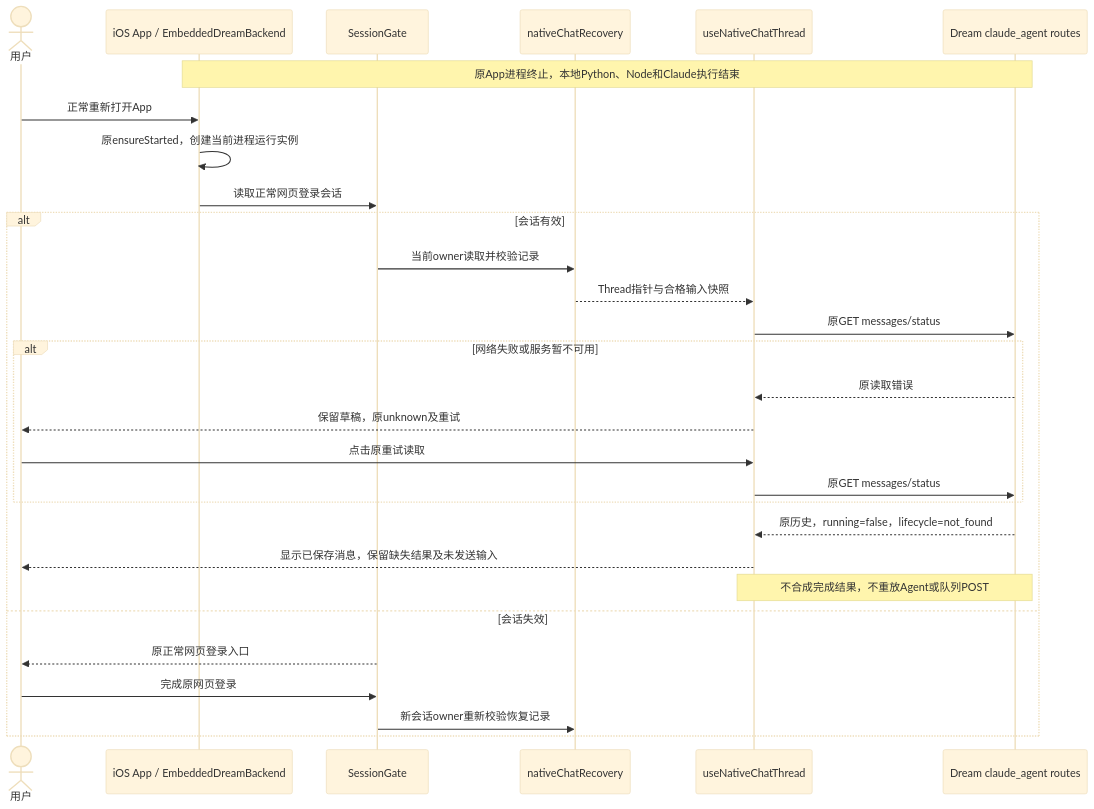
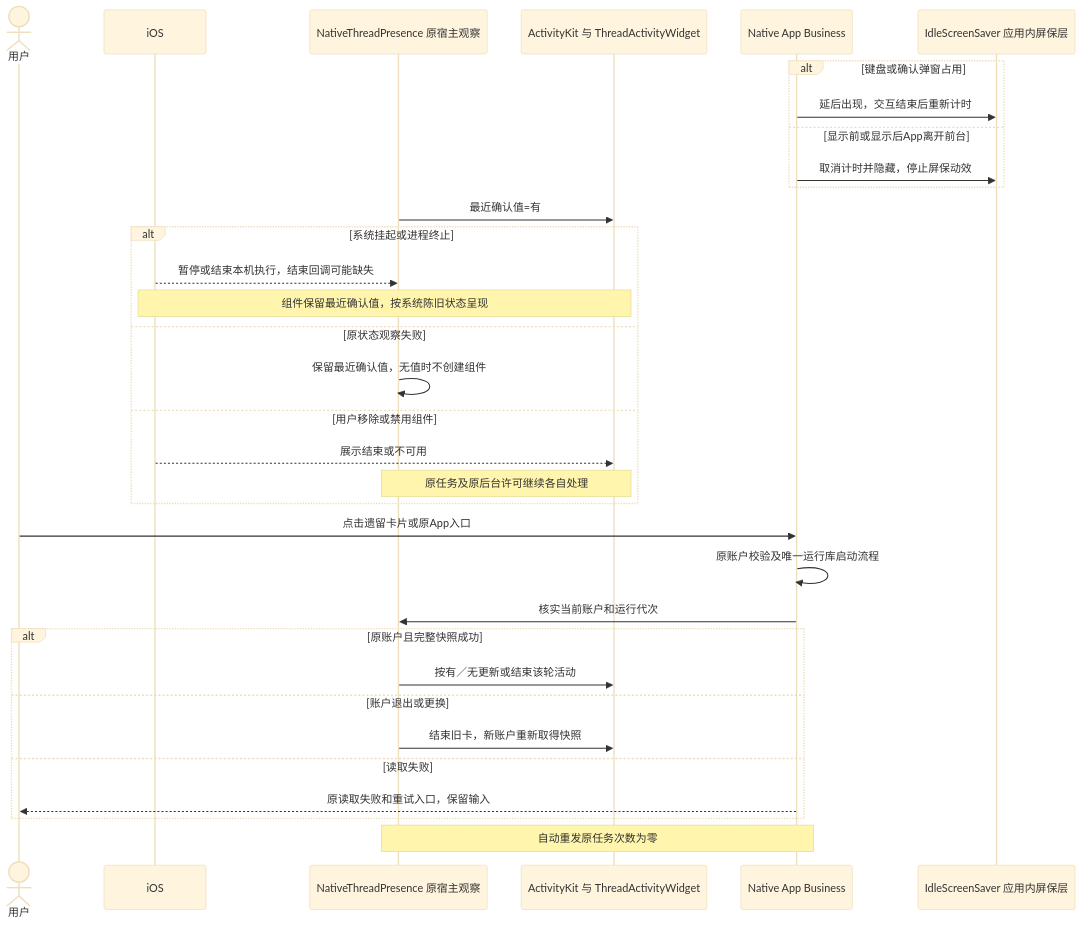
One commit to glide-the/im-dream changed the fifth of 7 diagrams in docs/design/multi-platform/mobile-recovery-interaction.md. Above: the diagram before and after it, drawn with Mermaid (base theme). The commit also changed other lines of this file and 308 other files, not shown here.

````diff
--- a/docs/design/multi-platform/mobile-recovery-interaction.md
+++ b/docs/design/multi-platform/mobile-recovery-interaction.md
@@ -249,31 +252,35 @@
 ```mermaid
 sequenceDiagram
     actor U as 用户
-    participant I as iOS App / EmbeddedDreamBackend
-    participant G as SessionGate
-    participant R as nativeChatRecovery
-    participant C as useNativeChatThread
-    participant H as Dream claude_agent routes
-    Note over I,H: 原App进程终止，本地Python、Node和Claude执行结束
-    U->>I: 正常重新打开App
-    I->>I: 原ensureStarted，创建当前进程运行实例
-    I->>G: 读取正常网页登录会话
-    alt 会话有效
-        G->>R: 当前owner读取并校验记录
-        R-->>C: Thread指针与合格输入快照
-        C->>H: 原GET messages/status
-        alt 网络失败或服务暂不可用
-            H-->>C: 原读取错误
-            C-->>U: 保留草稿，原unknown及重试
-            U->>C: 点击原重试读取
-            C->>H: 原GET messages/status
-        end
-        H-->>C: 原历史，running=false，lifecycle=not_found
-        C-->>U: 显示已保存消息，保留缺失结果及未发送输入
-        Note over C,H: 不合成完成结果，不重放Agent或队列POST
-    else 会话失效
-        G-->>U: 原正常网页登录入口
-        U->>G: 完成原网页登录
-        G->>R: 新会话owner重新校验恢复记录
+    participant OS as iOS
+    participant H as NativeThreadPresence 原宿主观察
+    participant A as ActivityKit 与 ThreadActivityWidget
+    participant UI as Native App Business
+    participant S as IdleScreenSaver 应用内屏保层
+    alt 键盘或确认弹窗占用
+        UI->>S: 延后出现，交互结束后重新计时
+    else 显示前或显示后App离开前台
+        UI->>S: 取消计时并隐藏，停止屏保动效
     end
+    H->>A: 最近确认值=有
+    alt 系统挂起或进程终止
+        OS-->>H: 暂停或结束本机执行，结束回调可能缺失
+        Note over OS,A: 组件保留最近确认值，按系统陈旧状态呈现
+    else 原状态观察失败
+        H->>H: 保留最近确认值，无值时不创建组件
+    else 用户移除或禁用组件
+        OS-->>A: 展示结束或不可用
+        Note over H,A: 原任务及原后台许可继续各自处理
+    end
+    U->>UI: 点击遗留卡片或原App入口
+    UI->>UI: 原账户校验及唯一运行库启动流程
+    UI->>H: 核实当前账户和运行代次
+    alt 原账户且完整快照成功
+        H->>A: 按有／无更新或结束该轮活动
+    else 账户退出或更换
+        H->>A: 结束旧卡，新账户重新取得快照
+    else 读取失败
+        UI-->>U: 原读取失败和重试入口，保留输入
+    end
+    Note over UI,H: 自动重发原任务次数为零
 ```
````
